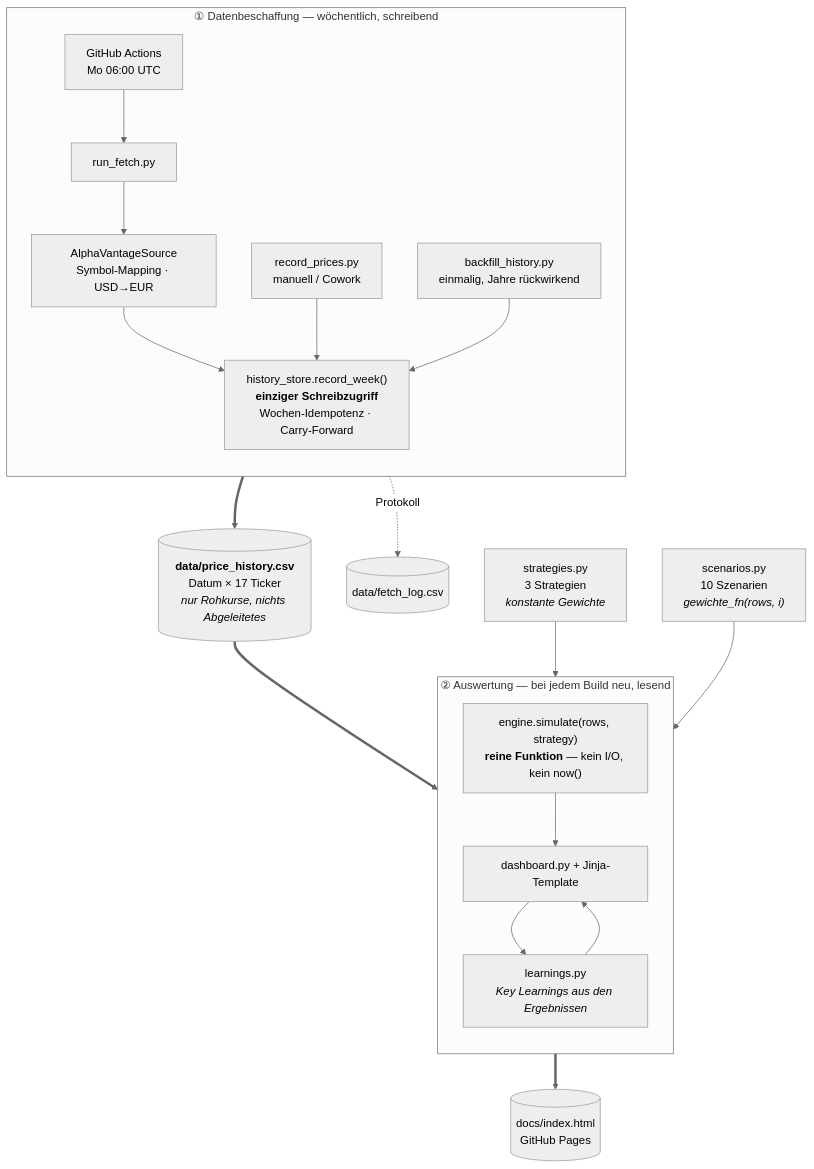
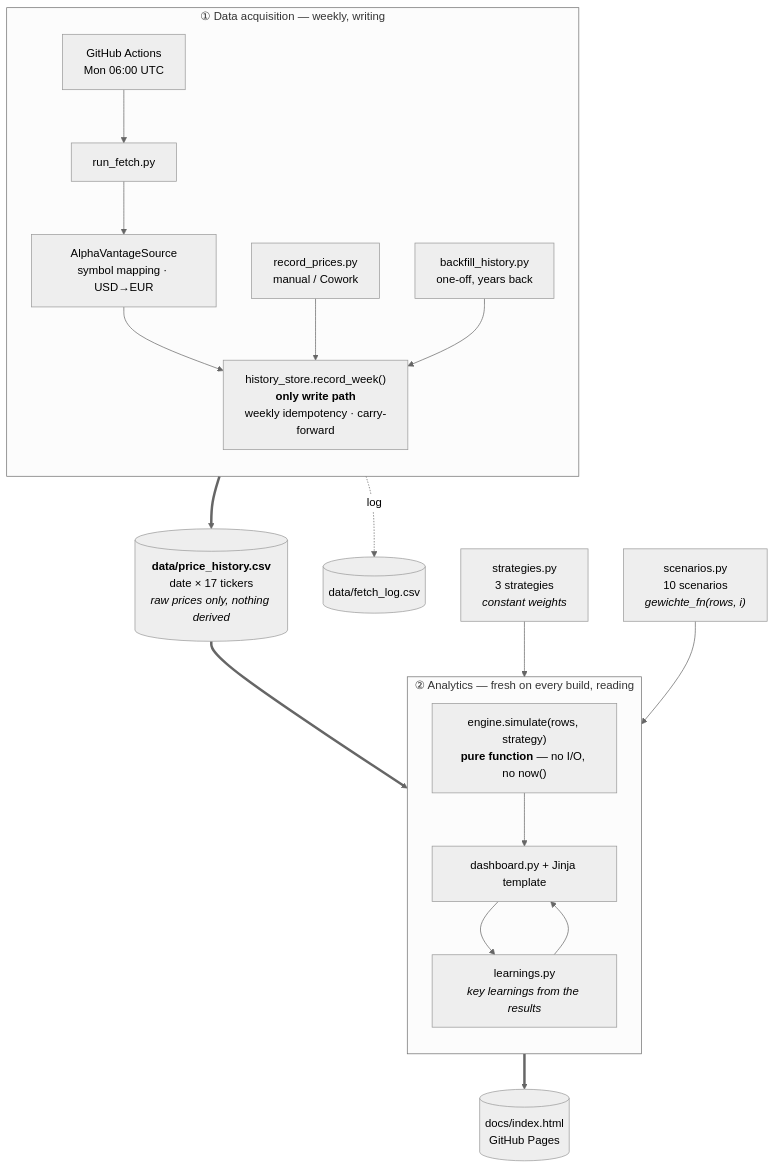
One commit to S540d/Boersenspiel changed the diagram in README.md. Above: the diagram before and after it, drawn with Mermaid (neutral theme). The commit also changed other lines of this file and 6 other files, not shown here.

````diff
--- a/README.md
+++ b/README.md
@@ -18,28 +19,28 @@
 ```mermaid
 flowchart TB
-    subgraph beschaffung["① Datenbeschaffung — wöchentlich, schreibend"]
+    subgraph beschaffung["① Data acquisition — weekly, writing"]
         direction TB
-        cron["GitHub Actions<br/>Mo 06:00 UTC"] --> fetch["run_fetch.py"]
-        fetch --> av["AlphaVantageSource<br/>Symbol-Mapping · USD→EUR"]
+        cron["GitHub Actions<br/>Mon 06:00 UTC"] --> fetch["run_fetch.py"]
+        fetch --> av["AlphaVantageSource<br/>symbol mapping · USD→EUR"]
         av --> store
-        manual["record_prices.py<br/>manuell / Cowork"] --> store
-        back["backfill_history.py<br/>einmalig, Jahre rückwirkend"] --> store
-        store["history_store.record_week()<br/><b>einziger Schreibzugriff</b><br/>Wochen-Idempotenz · Carry-Forward"]
+        manual["record_prices.py<br/>manual / Cowork"] --> store
+        back["backfill_history.py<br/>one-off, years back"] --> store
+        store["history_store.record_week()<br/><b>only write path</b><br/>weekly idempotency · carry-forward"]
     end
 
-    store ==> csv[("<b>data/price_history.csv</b><br/>Datum × 17 Ticker<br/><i>nur Rohkurse, nichts Abgeleitetes</i>")]
-    store -.Protokoll.-> log[("data/fetch_log.csv")]
+    store ==> csv[("<b>data/price_history.csv</b><br/>date × 17 tickers<br/><i>raw prices only, nothing derived</i>")]
+    store -.log.-> log[("data/fetch_log.csv")]
 
-    subgraph auswertung["② Auswertung — bei jedem Build neu, lesend"]
+    subgraph auswertung["② Analytics — fresh on every build, reading"]
         direction TB
-        sim["engine.simulate(rows, strategy)<br/><b>reine Funktion</b> — kein I/O, kein now()"]
-        sim --> dash["dashboard.py + Jinja-Template"]
-        dash --> learn["learnings.py<br/><i>Key Learnings aus den Ergebnissen</i>"]
+        sim["engine.simulate(rows, strategy)<br/><b>pure function</b> — no I/O, no now()"]
+        sim --> dash["dashboard.py + Jinja template"]
+        dash --> learn["learnings.py<br/><i>key learnings from the results</i>"]
         learn --> dash
     end
 
     csv ==> sim
-    strat["strategies.py<br/>3 Strategien<br/><i>konstante Gewichte</i>"] --> sim
-    scen["scenarios.py<br/>10 Szenarien<br/><i>gewichte_fn(rows, i)</i>"] --> sim
+    strat["strategies.py<br/>3 strategies<br/><i>constant weights</i>"] --> sim
+    scen["scenarios.py<br/>10 scenarios<br/><i>gewichte_fn(rows, i)</i>"] --> sim
     dash ==> html[("docs/index.html<br/>GitHub Pages")]
 ```
````
